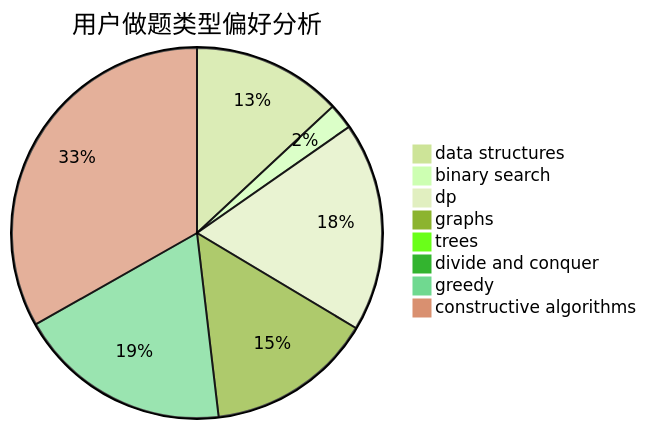
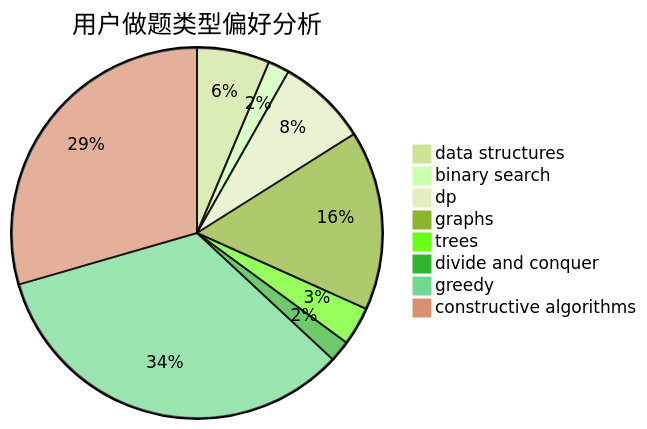
Before and after one commit to sherpahu/cfrs.github.io: the second of 3 diagrams in docs/user/u2148.md, drawn with Mermaid (forest theme). The commit also changed other lines of this file and 2770 other files, not shown here.

````diff
--- a/docs/user/u2148.md
+++ b/docs/user/u2148.md
@@ -23,11 +23,11 @@
 ```mermaid
 pie title 用户做题类型偏好分析
-    "data structures" :  35
-    "binary search" :  6
-    "dp" :  49
-    "graphs" :  39
-    "trees" :  0
-    "divide and conquer" :  0
-    "greedy" :  50
-    "constructive algorithms" :  89
+    "data structures" :  17
+    "binary search" :  5
+    "dp" :  21
+    "graphs" :  42
+    "trees" :  9
+    "divide and conquer" :  5
+    "greedy" :  90
+    "constructive algorithms" :  79
 ```
````
